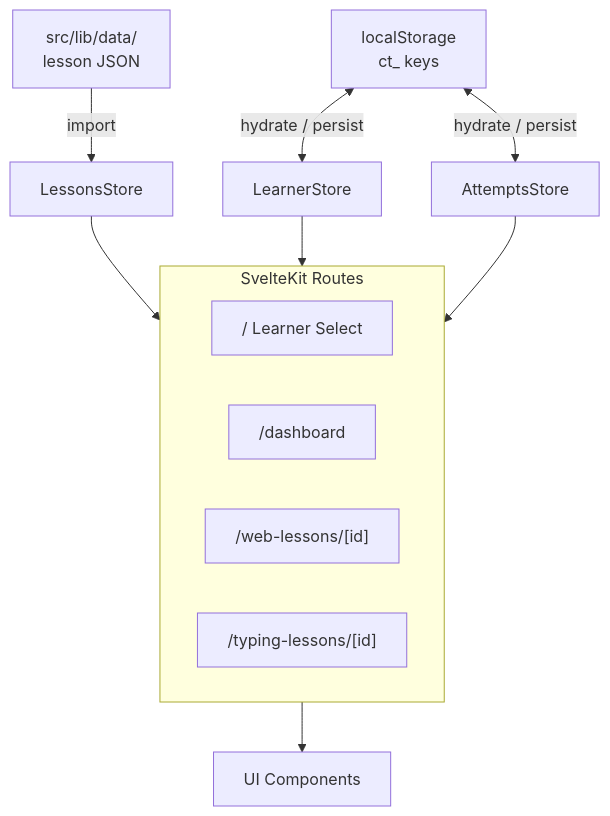
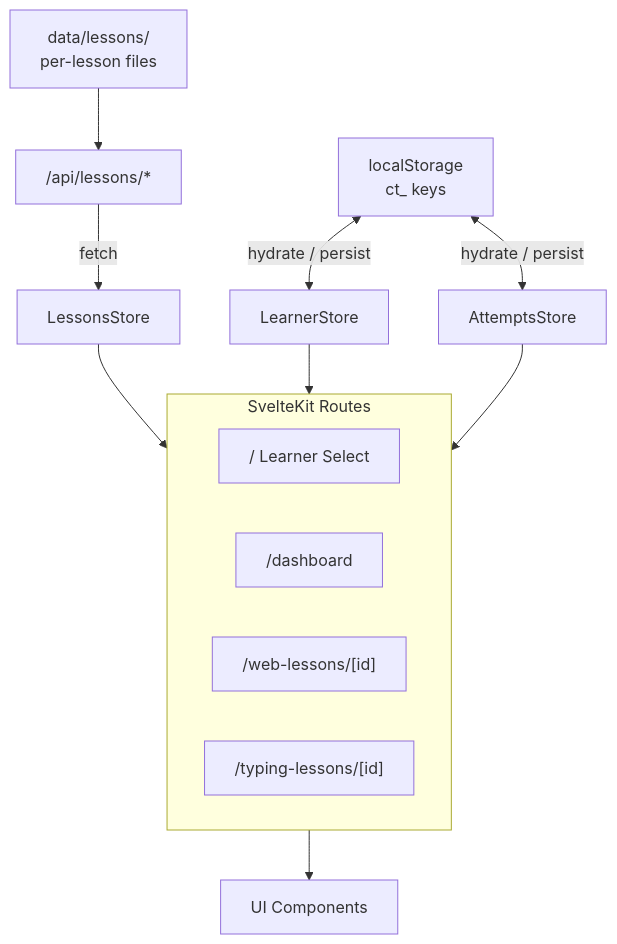
The diagram in docs/architecture/index.md (jermbo/CosmicTyper), drawn with Mermaid before and after one commit. The commit also changed other lines of this file and 57 other files, not shown here.

Commit message:
✨ FEAT: Introduce new lesson files for typing and web lessons, including structured JSON and text formats, and add an example .env file for admin password configuration, enhancing lesson management and accessibility.

````diff
--- a/docs/architecture/index.md
+++ b/docs/architecture/index.md
@@ -19,22 +19,24 @@
 ```mermaid
 graph TD
-    Data["src/lib/data/\nlesson JSON"]
+    Data["data/lessons/\nper-lesson files"]
+    API["/api/lessons/*"]
     LS["localStorage\nct_ keys"]
 
-    Data -->|import| LessonsStore
+    Data --> API
+    API -->|fetch| LessonsStore
     LS  <-->|hydrate / persist| LearnerStore
     LS  <-->|hydrate / persist| AttemptsStore
 
     LessonsStore --> Routes
     LearnerStore --> Routes
     AttemptsStore --> Routes
 
     subgraph Routes["SvelteKit Routes"]
         Home["/  Learner Select"]
         Dashboard["/dashboard"]
         WebLessons["/web-lessons/[id]"]
         TypingLessons["/typing-lessons/[id]"]
     end
 
     Routes --> Components["UI Components"]
 ```
````
